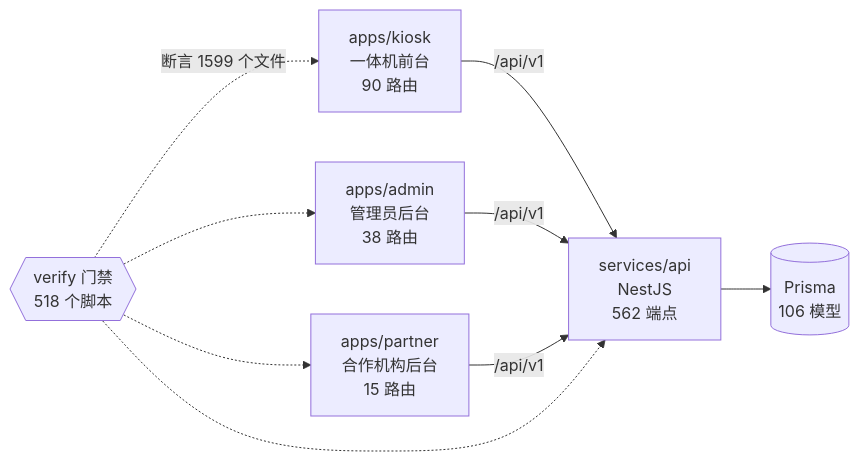
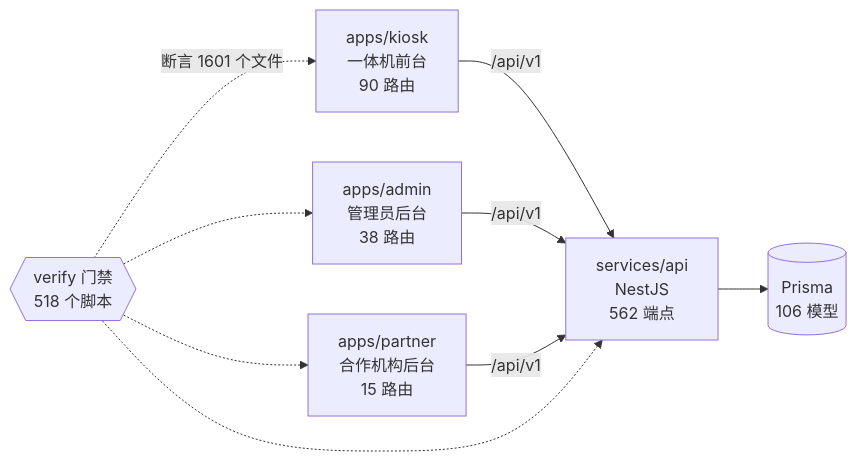
One commit to wanglei581/YITIJI changed the diagram in docs/graph/README.md. Above: the diagram before and after it, drawn with Mermaid. The commit also changed other lines of this file and 11 other files, not shown here.

````diff
--- a/docs/graph/README.md
+++ b/docs/graph/README.md
@@ -68,18 +68,18 @@
 ```mermaid
 flowchart LR
   kiosk["apps/kiosk<br/>一体机前台<br/>90 路由"]
   admin["apps/admin<br/>管理员后台<br/>38 路由"]
   partner["apps/partner<br/>合作机构后台<br/>15 路由"]
   api["services/api<br/>NestJS<br/>562 端点"]
   db[("Prisma<br/>106 模型")]
   gates{{"verify 门禁<br/>518 个脚本"}}
 
   kiosk -->|"/api/v1"| api
   admin -->|"/api/v1"| api
   partner -->|"/api/v1"| api
   api --> db
-  gates -.->|"断言 1599 个文件"| kiosk
+  gates -.->|"断言 1601 个文件"| kiosk
   gates -.-> admin
   gates -.-> partner
   gates -.-> api
 ```
````
